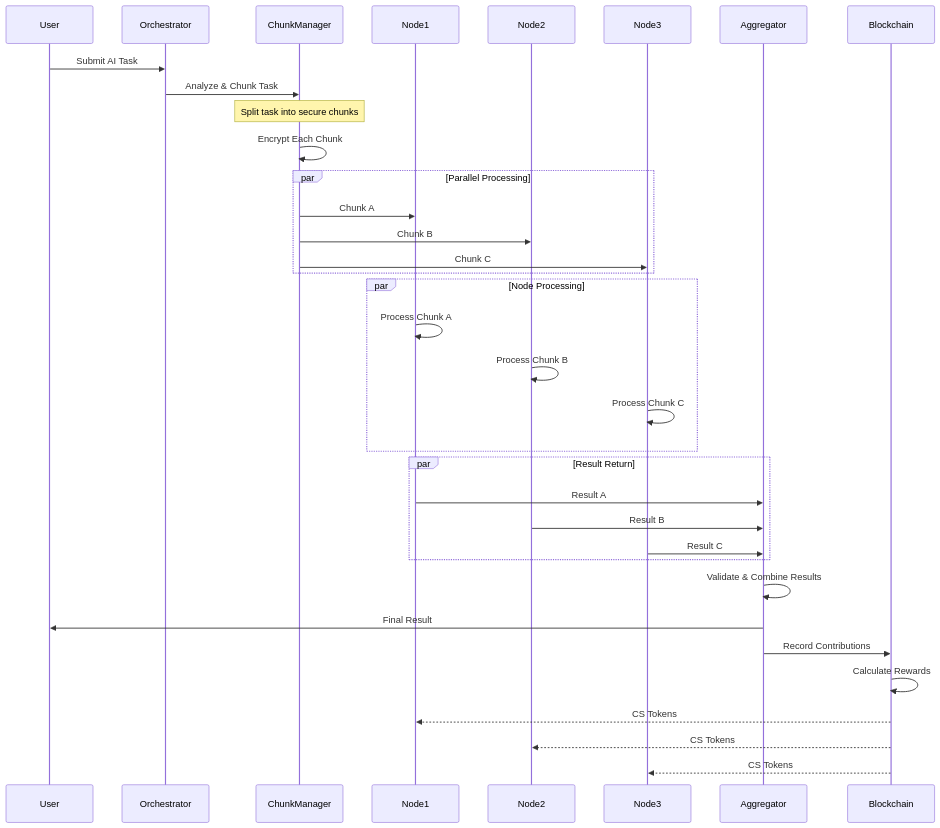
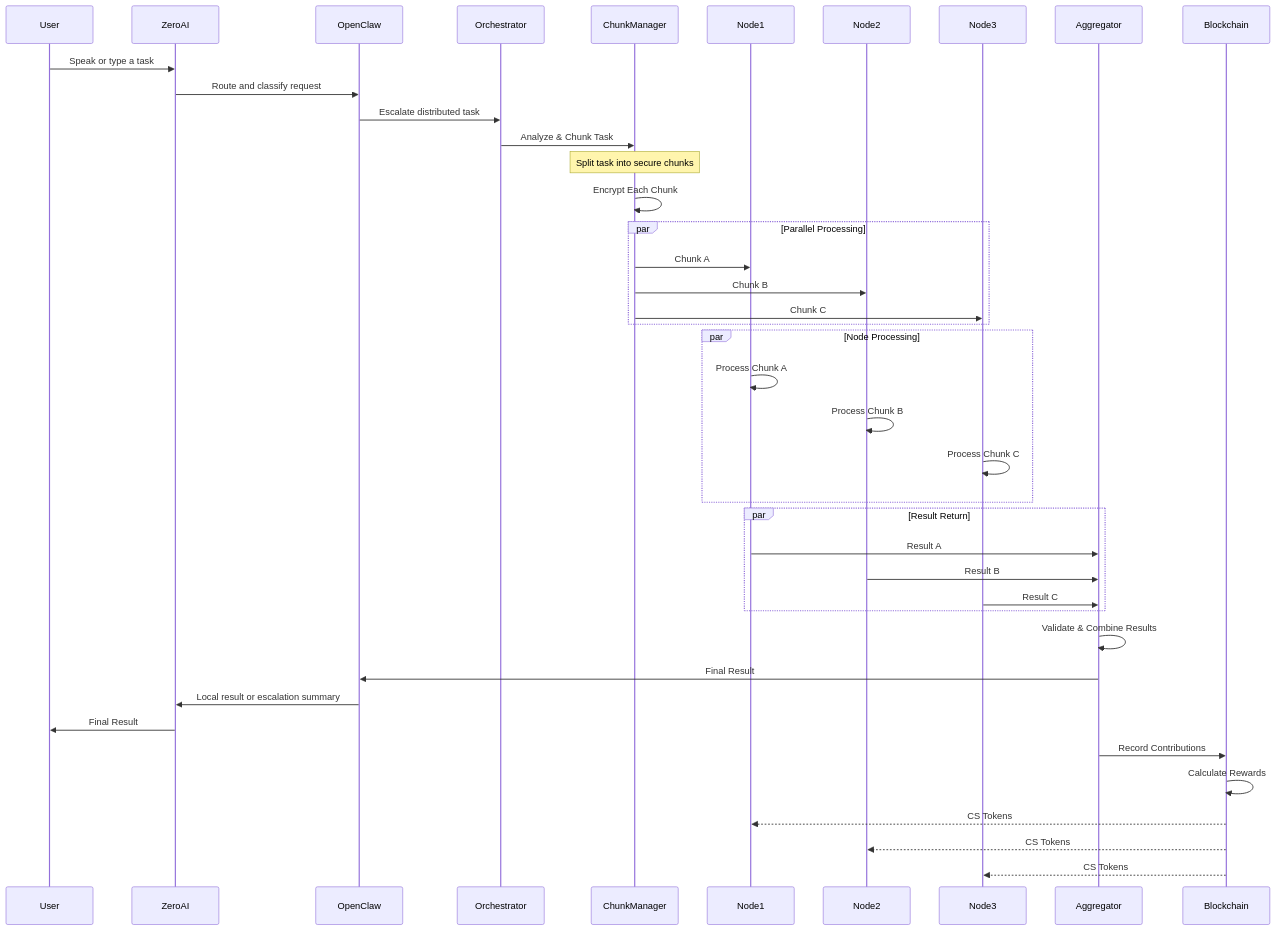
One commit to Ultra-Cube/Ultra-AI changed the second of 6 diagrams in docs/architecture/distributed-processing.md. Above: the diagram before and after it, drawn with Mermaid. The commit also changed other lines of this file and 2 other files, not shown here.

Commit message:
docs(architecture): align zeroai and distributed docs

````diff
--- a/docs/architecture/distributed-processing.md
+++ b/docs/architecture/distributed-processing.md
@@ -60,44 +65,50 @@
 ```mermaid
 sequenceDiagram
     participant User
+    participant ZeroAI
+    participant OpenClaw
     participant Orchestrator
     participant ChunkManager
     participant Node1
     participant Node2
     participant Node3
     participant Aggregator
     participant Blockchain
     
-    User->>Orchestrator: Submit AI Task
+    User->>ZeroAI: Speak or type a task
+    ZeroAI->>OpenClaw: Route and classify request
+    OpenClaw->>Orchestrator: Escalate distributed task
     Orchestrator->>ChunkManager: Analyze & Chunk Task
     
     Note over ChunkManager: Split task into secure chunks
     ChunkManager->>ChunkManager: Encrypt Each Chunk
     
     par Parallel Processing
         ChunkManager->>Node1: Chunk A
         ChunkManager->>Node2: Chunk B
         ChunkManager->>Node3: Chunk C
     end
     
     par Node Processing
         Node1->>Node1: Process Chunk A
         Node2->>Node2: Process Chunk B
         Node3->>Node3: Process Chunk C
     end
     
     par Result Return
         Node1->>Aggregator: Result A
         Node2->>Aggregator: Result B
         Node3->>Aggregator: Result C
     end
     
     Aggregator->>Aggregator: Validate & Combine Results
-    Aggregator->>User: Final Result
+    Aggregator->>OpenClaw: Final Result
+    OpenClaw->>ZeroAI: Local result or escalation summary
+    ZeroAI->>User: Final Result
     
     Aggregator->>Blockchain: Record Contributions
     Blockchain->>Blockchain: Calculate Rewards
     Blockchain-->>Node1: CS Tokens
     Blockchain-->>Node2: CS Tokens
     Blockchain-->>Node3: CS Tokens
 ```
````
